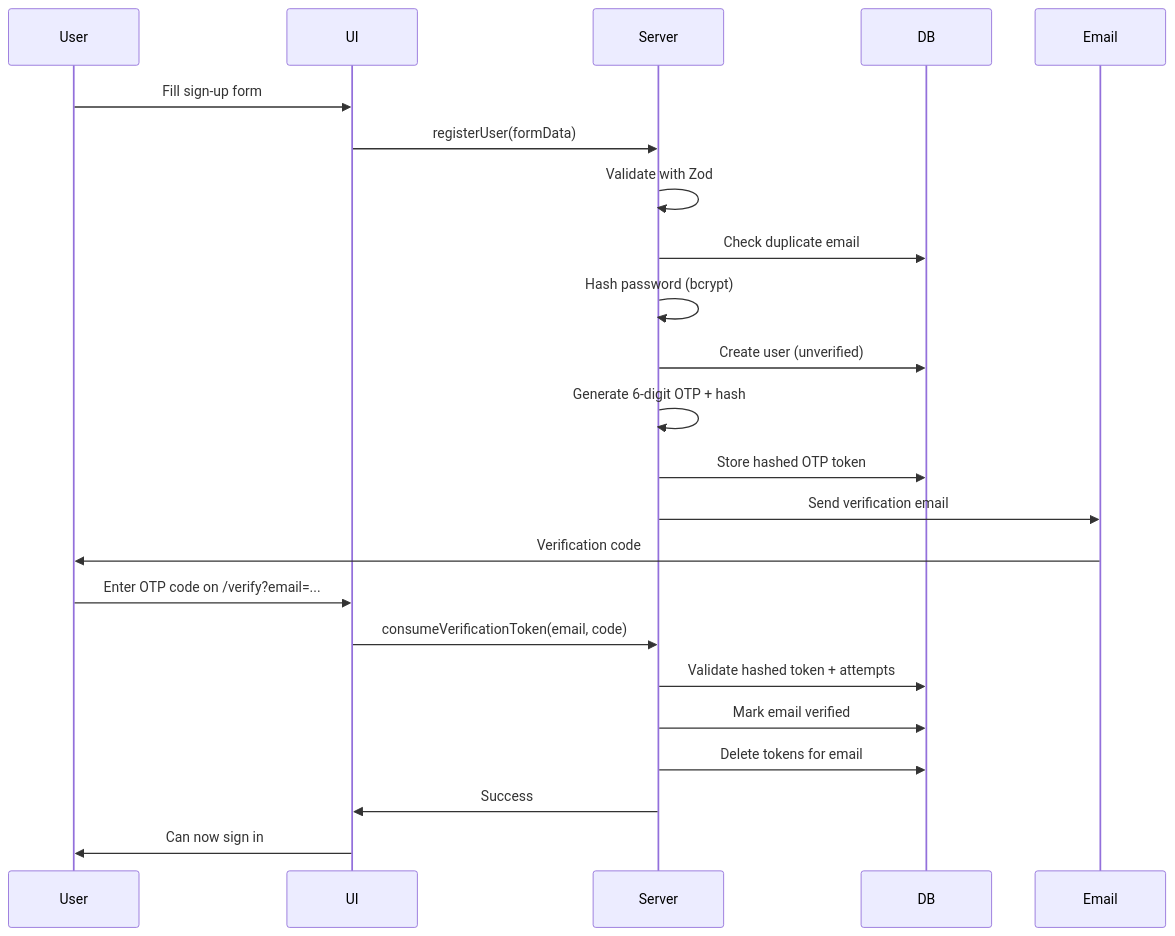
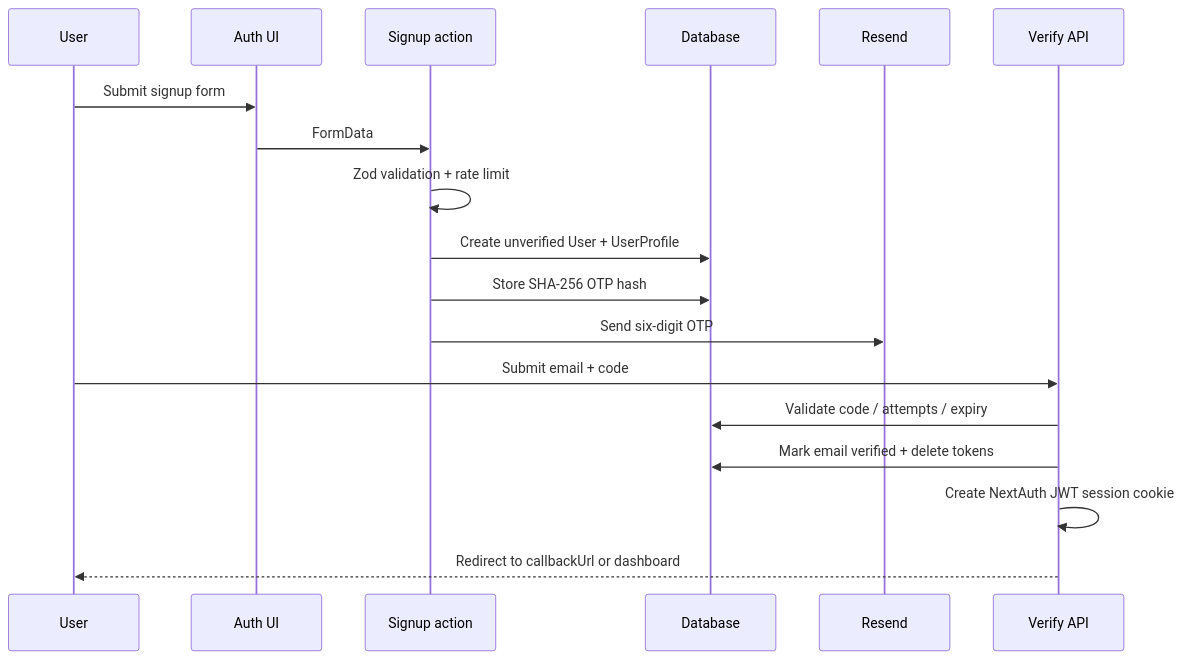
The second of 4 diagrams in docs/ARCHITECTURE.md (manumu-studio/auth-manumu-studio), drawn with Mermaid before and after one commit. The commit also changed other lines of this file and 60 other files, not shown here.

````diff
--- a/docs/ARCHITECTURE.md
+++ b/docs/ARCHITECTURE.md
@@ -50,26 +52,21 @@
 ```mermaid
 sequenceDiagram
-    participant User
-    participant UI
-    participant Server
-    participant DB
-    participant Email
+    participant U as User
+    participant A as Auth UI
+    participant S as Signup action
+    participant D as Database
+    participant E as Resend
+    participant V as Verify API
 
-    User->>UI: Fill sign-up form
-    UI->>Server: registerUser(formData)
-    Server->>Server: Validate with Zod
-    Server->>DB: Check duplicate email
-    Server->>Server: Hash password (bcrypt)
-    Server->>DB: Create user (unverified)
-    Server->>Server: Generate 6-digit OTP + hash
-    Server->>DB: Store hashed OTP token
-    Server->>Email: Send verification email
-    Email->>User: Verification code
-    User->>UI: Enter OTP code on /verify?email=...
-    UI->>Server: consumeVerificationToken(email, code)
-    Server->>DB: Validate hashed token + attempts
-    Server->>DB: Mark email verified
-    Server->>DB: Delete tokens for email
-    Server->>UI: Success
-    UI->>User: Can now sign in
+    U->>A: Submit signup form
+    A->>S: FormData
+    S->>S: Zod validation + rate limit
+    S->>D: Create unverified User + UserProfile
+    S->>D: Store SHA-256 OTP hash
+    S->>E: Send six-digit OTP
+    U->>V: Submit email + code
+    V->>D: Validate code / attempts / expiry
+    V->>D: Mark email verified + delete tokens
+    V->>V: Create NextAuth JWT session cookie
+    V-->>U: Redirect to callbackUrl or dashboard
 ```
````
